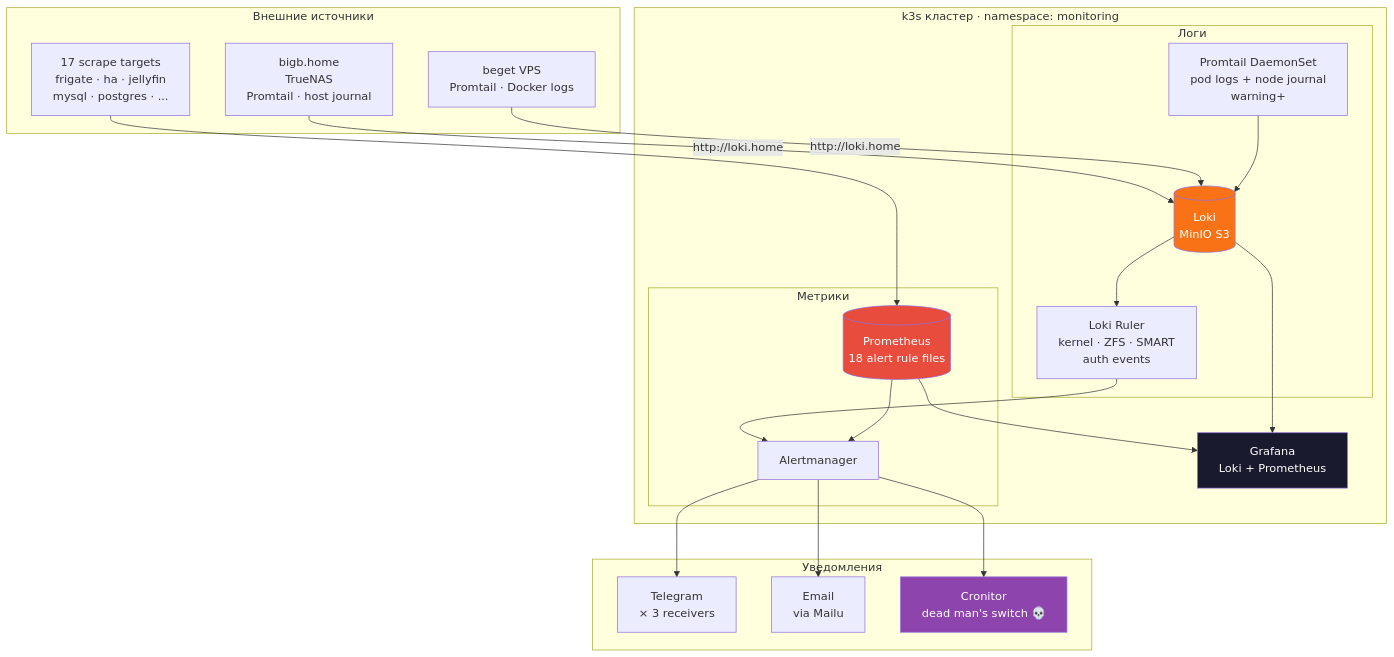
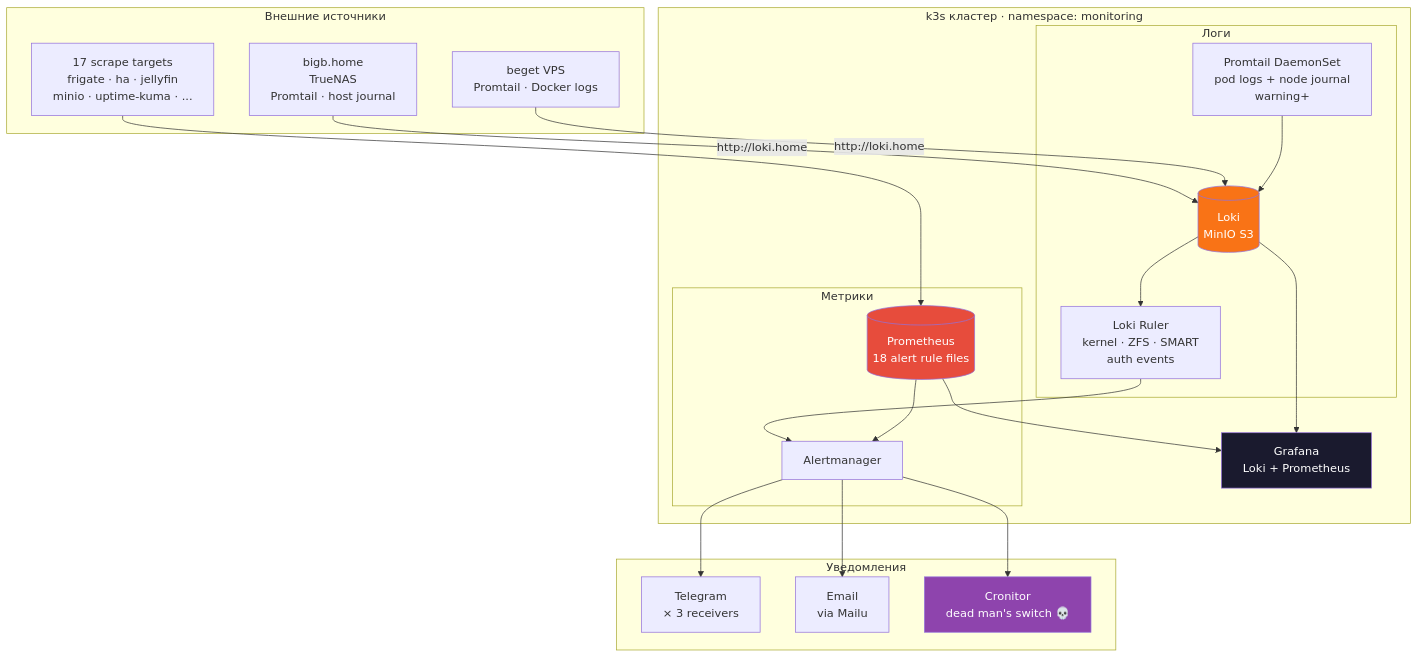
Before and after one commit to progist1/home-k3s: the fourth of 4 diagrams in README.md, drawn with Mermaid. The commit also changed other lines of this file, not shown here.

````diff
--- a/README.md
+++ b/README.md
@@ -260,55 +265,55 @@
 ```mermaid
 flowchart TB
     subgraph external["Внешние источники"]
         bigb["bigb.home
 TrueNAS
 Promtail · host journal"]
         beget["beget VPS
 Promtail · Docker logs"]
         ext17["17 scrape targets
 frigate · ha · jellyfin
-mysql · postgres · ..."]
+minio · uptime-kuma · ..."]
     end
 
     subgraph cluster["k3s кластер · namespace: monitoring"]
         subgraph logs["Логи"]
             ptds["Promtail DaemonSet
 pod logs + node journal
 warning+"]
             loki[("Loki
 MinIO S3")]
             rules["Loki Ruler
 kernel · ZFS · SMART
 auth events"]
         end
         subgraph metrics["Метрики"]
             prom[("Prometheus
 18 alert rule files")]
             am["Alertmanager"]
         end
         grafana["Grafana
 Loki + Prometheus"]
     end
 
     subgraph notify["Уведомления"]
         tg["Telegram
 × 3 receivers"]
         mail["Email
 via Mailu"]
         cronitor["Cronitor
 dead man's switch 💀"]
     end
 
     bigb & beget -->|"http://loki.home"| loki
     ptds --> loki
     loki --> rules --> am
     ext17 --> prom
     prom --> am
     am --> tg & mail & cronitor
     loki & prom --> grafana
 
     style loki fill:#f97316,color:#fff
     style prom fill:#e74c3c,color:#fff
     style cronitor fill:#8e44ad,color:#fff
     style grafana fill:#1a1a2e,color:#fff
 ```
````
